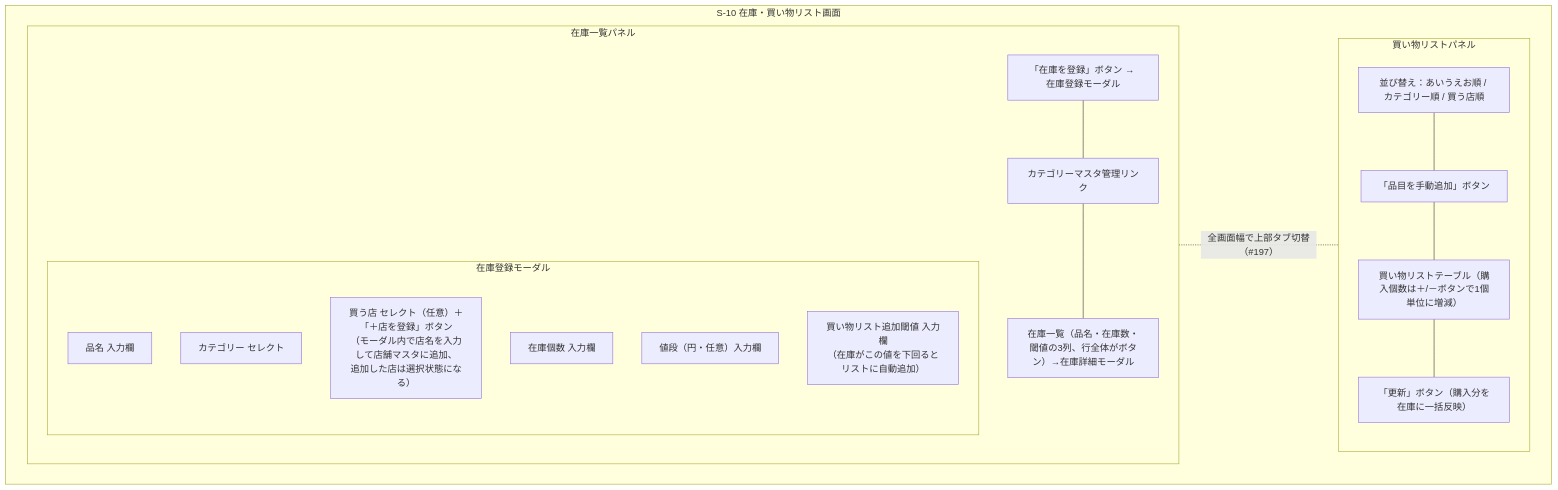
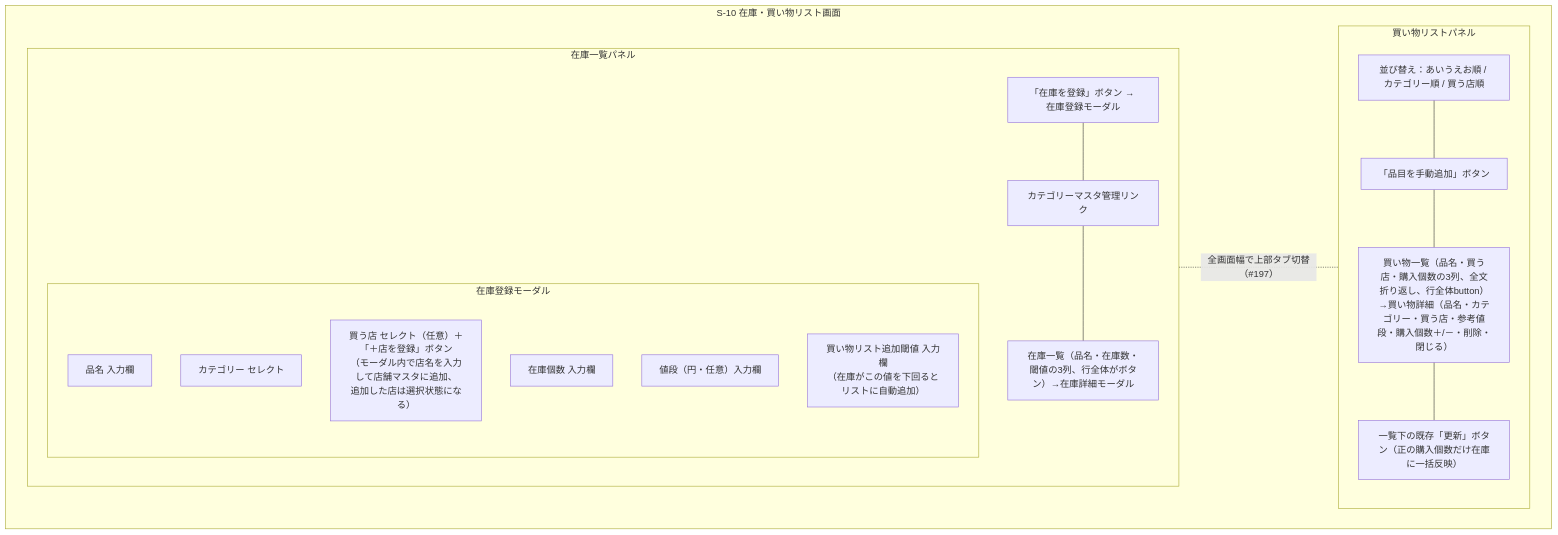
Before and after one commit to yamamotonaoki3/HomeLog: the tenth of 19 diagrams in docs/details/wireframes.md, drawn with Mermaid. The commit also changed other lines of this file and 12 other files, not shown here.

````diff
--- a/docs/details/wireframes.md
+++ b/docs/details/wireframes.md
@@ -522,31 +522,31 @@
 ```mermaid
 flowchart TD
     subgraph Screen["S-10 在庫・買い物リスト画面"]
         direction LR
         subgraph InventoryPanel["在庫一覧パネル"]
             direction TB
             AddBtn["「在庫を登録」ボタン → 在庫登録モーダル"]
             subgraph InvModal["在庫登録モーダル"]
                 direction TB
                 InvName["品名 入力欄"]
                 InvCategory["カテゴリー セレクト"]
                 InvStore["買う店 セレクト（任意）＋「＋店を登録」ボタン\n（モーダル内で店名を入力して店舗マスタに追加、\n追加した店は選択状態になる）"]
                 InvQty["在庫個数 入力欄"]
                 InvPrice["値段（円・任意）入力欄"]
                 InvThreshold["買い物リスト追加閾値 入力欄\n（在庫がこの値を下回るとリストに自動追加）"]
             end
             MasterLink["カテゴリーマスタ管理リンク"]
             InvList["在庫一覧（品名・在庫数・閾値の3列、行全体がボタン）→在庫詳細モーダル"]
         end
         subgraph ShoppingPanel["買い物リストパネル"]
             direction TB
             Sort["並び替え：あいうえお順 / カテゴリー順 / 買う店順"]
             ShopAddBtn["「品目を手動追加」ボタン"]
-            ShopList["買い物リストテーブル（購入個数は＋/－ボタンで1個単位に増減）"]
-            UpdateBtn["「更新」ボタン（購入分を在庫に一括反映）"]
+            ShopList["買い物一覧（品名・買う店・購入個数の3列、全文折り返し、行全体button）→買い物詳細（品名・カテゴリー・買う店・参考値段・購入個数＋/－・削除・閉じる）"]
+            UpdateBtn["一覧下の既存「更新」ボタン（正の購入個数だけ在庫に一括反映）"]
         end
     end
     AddBtn --- MasterLink --- InvList
     Sort --- ShopAddBtn --- ShopList --- UpdateBtn
     InvList -. "全画面幅で上部タブ切替（#197）" .- ShopList
 ```
````
